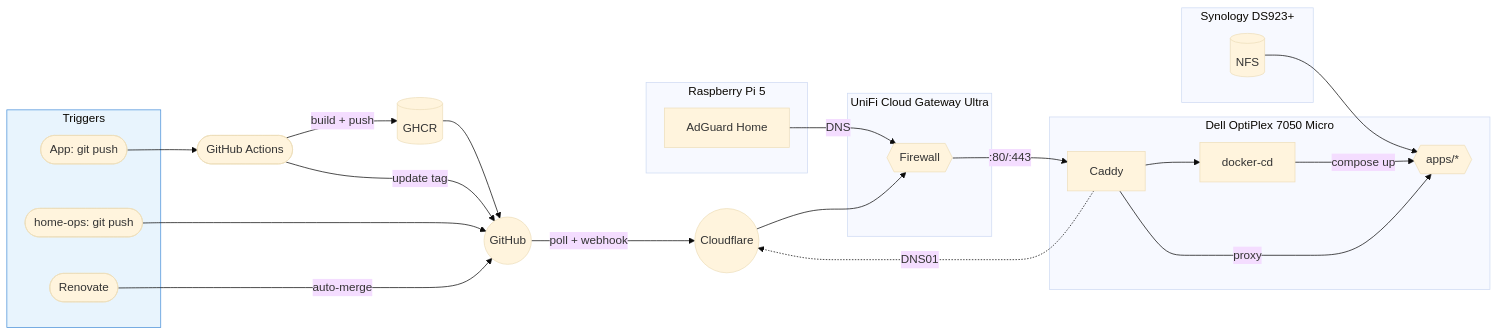
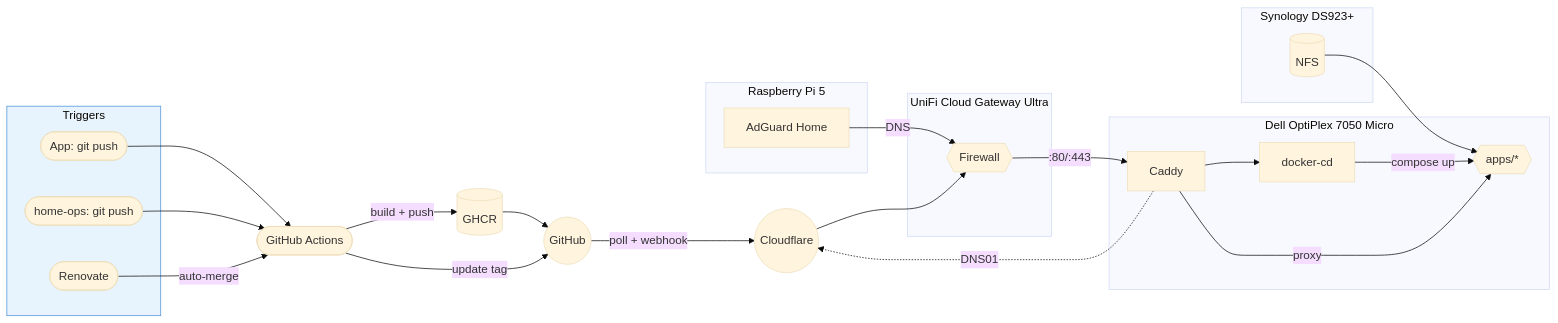
The diagram in README.md (wajeht/home-ops), drawn with Mermaid (base theme) before and after one commit.

Commit message:
ci: trigger builds for operations and renovate changes

````diff
--- a/README.md
+++ b/README.md
@@ -16,38 +16,38 @@
 ```mermaid
 flowchart LR
     subgraph triggers[Triggers]
         app_push([App: git push])
         ops_push([home-ops: git push])
         renovate([Renovate])
     end
 
     app_push --> ci([GitHub Actions]) -->|build + push| ghcr[(GHCR)]
     ghcr --> github((GitHub))
     ci -->|update tag| github
-    ops_push --> github
-    renovate -->|auto-merge| github
+    ops_push --> ci
+    renovate -->|auto-merge| ci
     github -->|poll + webhook| cf((Cloudflare)) --> unifi -->|:80/:443| caddy --> docker_cd
 
     subgraph dell[Dell OptiPlex 7050 Micro]
         docker_cd[docker-cd] -->|compose up| apps{{apps/*}}
         caddy[Caddy] -->|proxy| apps
     end
 
     subgraph nas[Synology DS923+]
         nfs[(NFS)]
     end
 
     subgraph ucg[UniFi Cloud Gateway Ultra]
         unifi{{Firewall}}
     end
 
     subgraph pi[Raspberry Pi 5]
         adguard[AdGuard Home]
     end
 
     nfs --> apps
     adguard -->|DNS| unifi
     caddy -.->|DNS01| cf
 
     style triggers fill:#e8f4fd,stroke:#4a90d9
 ```
````
